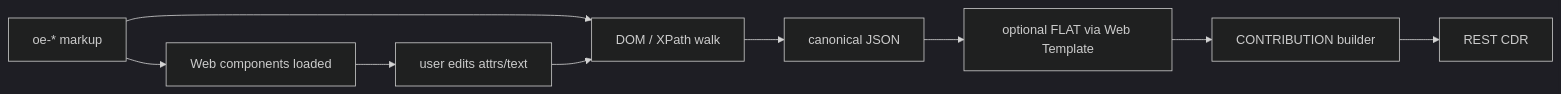
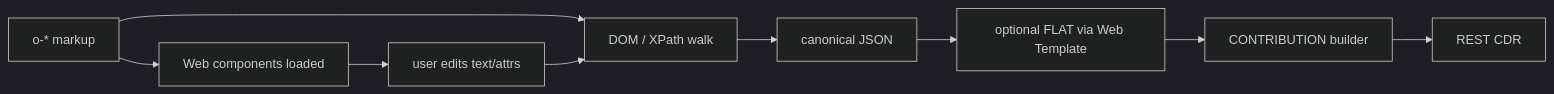
The diagram in enhanced/serialization/zipehr/oehr_html5_v1.md (ErikSundvall/ehrtslib), drawn with Mermaid (dark theme) before and after one commit. The commit also changed other lines of this file and 4 other files, not shown here.

````diff
--- a/enhanced/serialization/zipehr/oehr_html5_v1.md
+++ b/enhanced/serialization/zipehr/oehr_html5_v1.md
@@ -296,11 +459,11 @@
 ```mermaid
 flowchart LR
-  Tags[oe-* markup] --> WC[Web components loaded]
+  Tags[o-* markup] --> WC[Web components loaded]
   Tags --> Walk[DOM / XPath walk]
   Walk --> RM[canonical JSON]
-  WC --> Edit[user edits attrs/text]
+  WC --> Edit[user edits text/attrs]
   Edit --> Walk
   RM --> FLAT[optional FLAT via Web Template]
   FLAT --> CB[CONTRIBUTION builder]
   CB --> REST[REST CDR]
 ```
````
